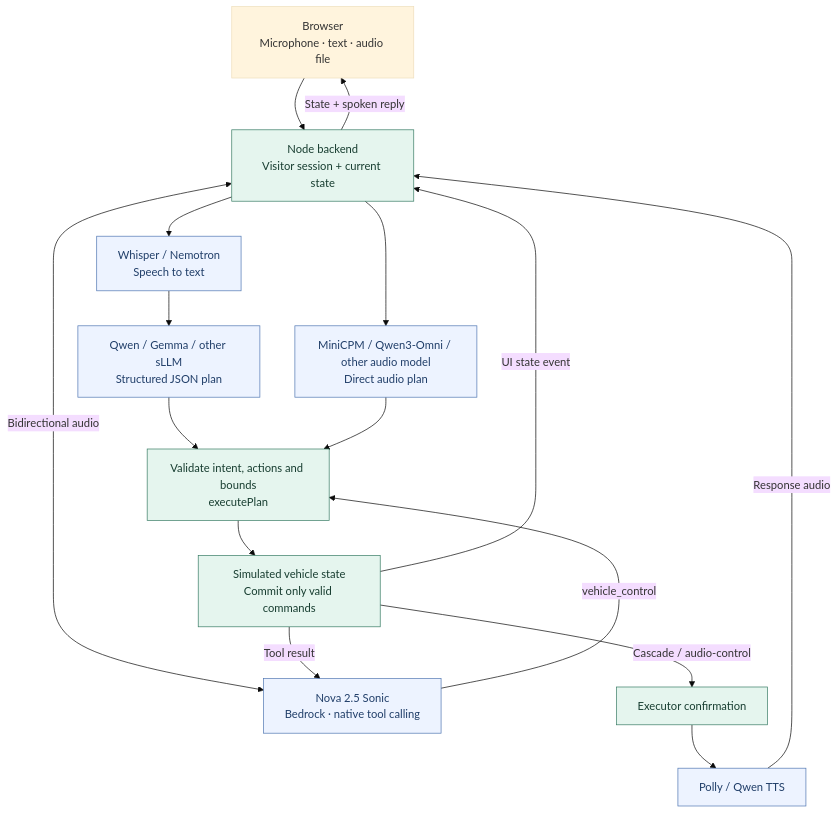
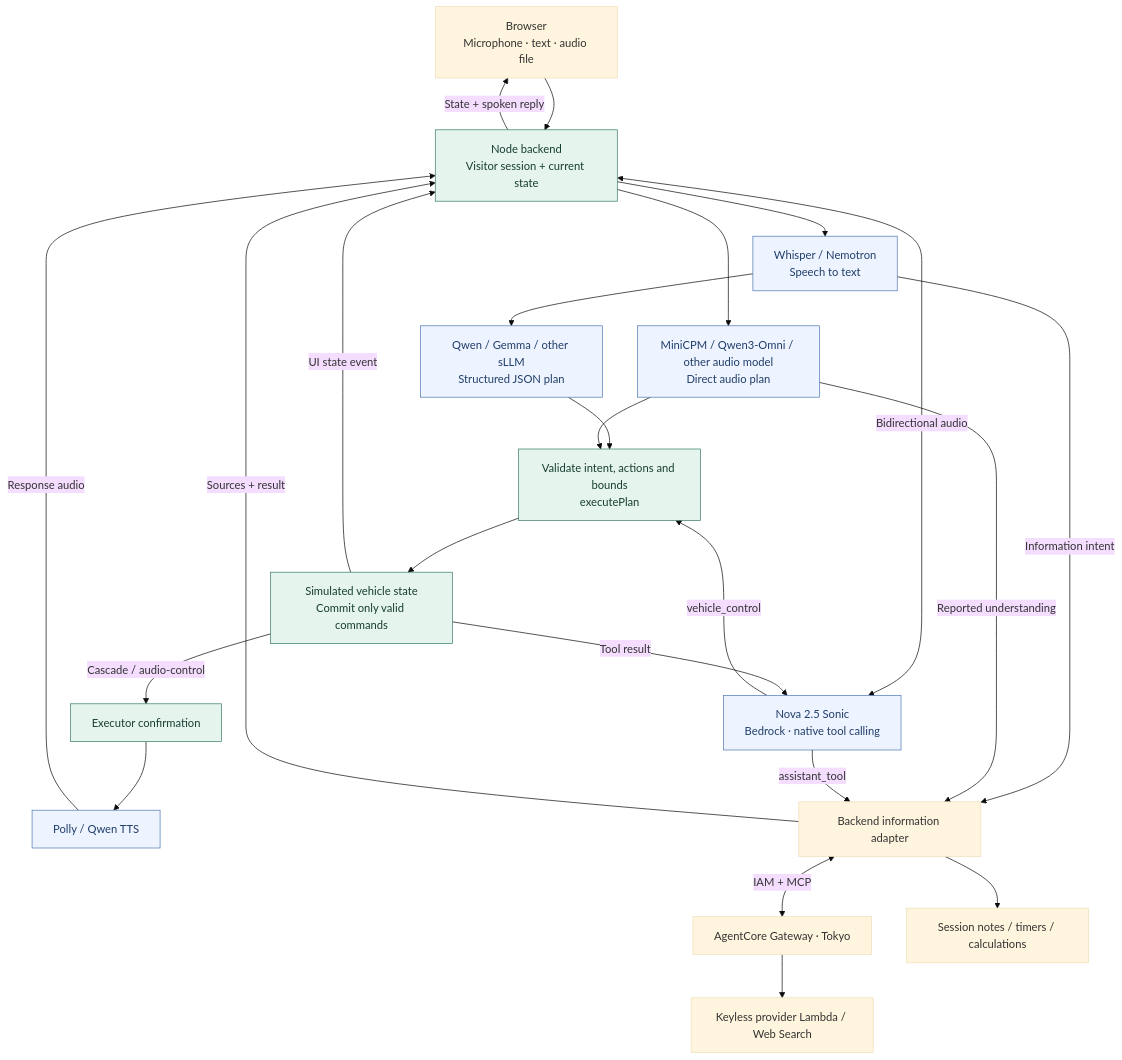
Before and after one commit to daekeun-ml/vehicle-voice-lab: the first of 3 diagrams in docs/ARCHITECTURE.md, drawn with Mermaid (base theme). The commit also changed other lines of this file and 27 other files, not shown here.

Commit message:
feat: connect AgentCore information tools and live radio with latency screening

````diff
--- a/docs/ARCHITECTURE.md
+++ b/docs/ARCHITECTURE.md
@@ -9,22 +9,29 @@
 ```mermaid
 flowchart TB
     User["Browser<br/>Microphone · text · audio file"] --> App["Node backend<br/>Visitor session + current state"]
     App --> ASR["Whisper / Nemotron<br/>Speech to text"]
     ASR --> Planner["Qwen / Gemma / other sLLM<br/>Structured JSON plan"]
     App --> Audio["MiniCPM / Qwen3-Omni / other audio model<br/>Direct audio plan"]
     Planner --> Guard["Validate intent, actions and bounds<br/>executePlan"]
     Audio --> Guard
     App <-->|"Bidirectional audio"| Sonic["Nova 2.5 Sonic<br/>Bedrock · native tool calling"]
     Sonic -->|"vehicle_control"| Guard
     Guard --> State["Simulated vehicle state<br/>Commit only valid commands"]
     State -->|"UI state event"| App
     State -->|"Cascade / audio-control"| Confirm["Executor confirmation"]
     Confirm --> TTS["Polly / Qwen TTS"]
     TTS -->|"Response audio"| App
     State -->|"Tool result"| Sonic
     App -->|"State + spoken reply"| User
+    ASR -->|"Information intent"| Tools["Backend information adapter"]
+    Audio -->|"Reported understanding"| Tools
+    Sonic -->|"assistant_tool"| Tools
+    Tools <-->|"IAM + MCP"| Gateway["AgentCore Gateway · Tokyo"]
+    Gateway --> Provider["Keyless provider Lambda / Web Search"]
+    Tools --> Local["Session notes / timers / calculations"]
+    Tools -->|"Sources + result"| App
     classDef app fill:#e5f5ee,stroke:#397c65,color:#173d30
     classDef model fill:#edf3ff,stroke:#5278b3,color:#203e69
     class App,Guard,State,Confirm app
     class ASR,Planner,Audio,Sonic,TTS model
 ```
````
